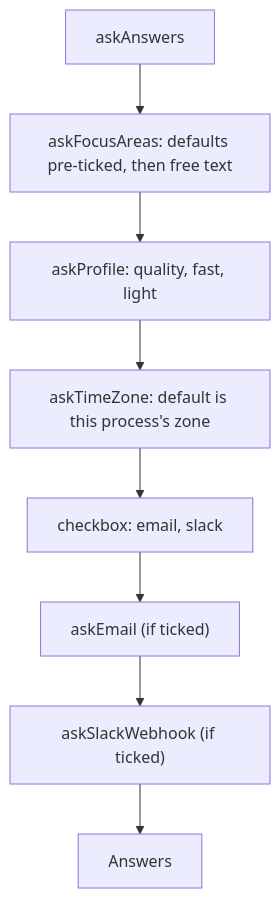
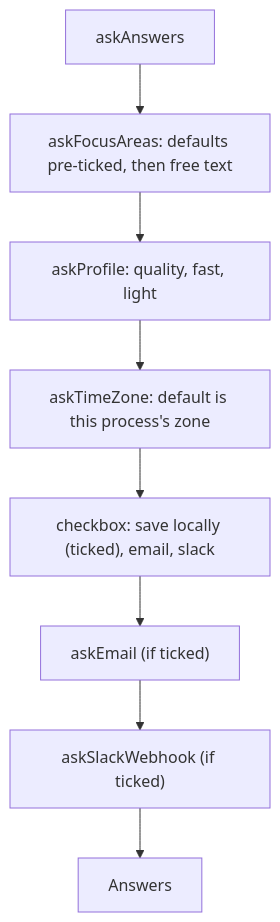
Before and after one commit to odere-pro/weekly-engineering-digest-agent: the diagram in src/cli/init/prompts/CLAUDE.md, drawn with Mermaid. The commit also changed other lines of this file and 21 other files, not shown here.

First line of the commit message:
feat(init): offer Save locally, with its folder, in delivery (W12-05)

````diff
--- a/src/cli/init/prompts/CLAUDE.md
+++ b/src/cli/init/prompts/CLAUDE.md
@@ -9,8 +9,8 @@
 ```mermaid
 flowchart TD
   askAnswers --> focus["askFocusAreas: defaults pre-ticked, then free text"]
   focus --> profile["askProfile: quality, fast, light"]
   profile --> zone["askTimeZone: default is this process's zone"]
-  zone --> channels["checkbox: email, slack"] --> email["askEmail (if ticked)"]
+  zone --> channels["checkbox: save locally (ticked), email, slack"] --> email["askEmail (if ticked)"]
   email --> slack["askSlackWebhook (if ticked)"] --> done["Answers"]
 ```
````
